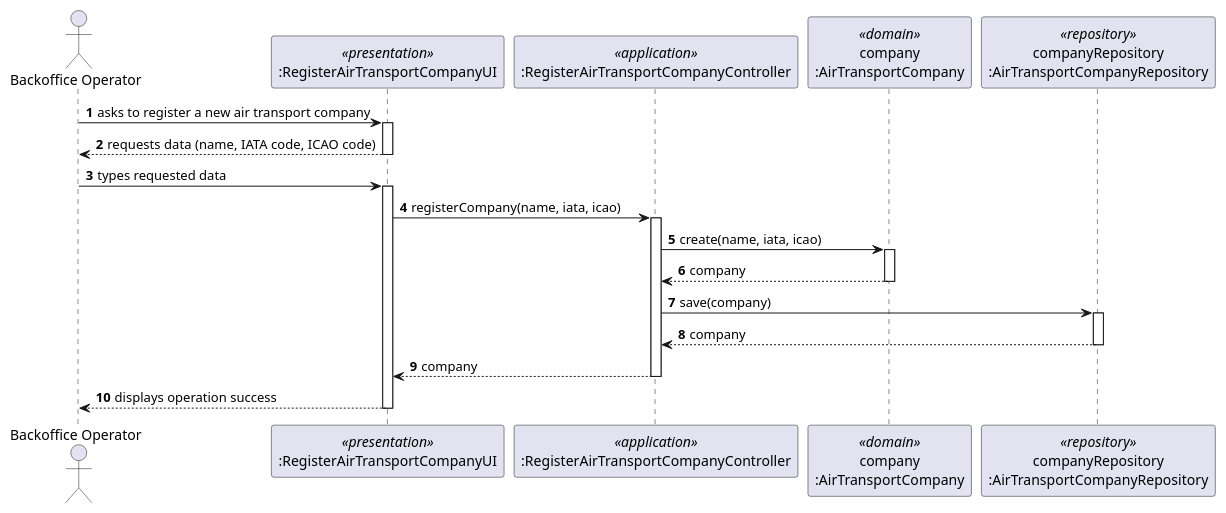
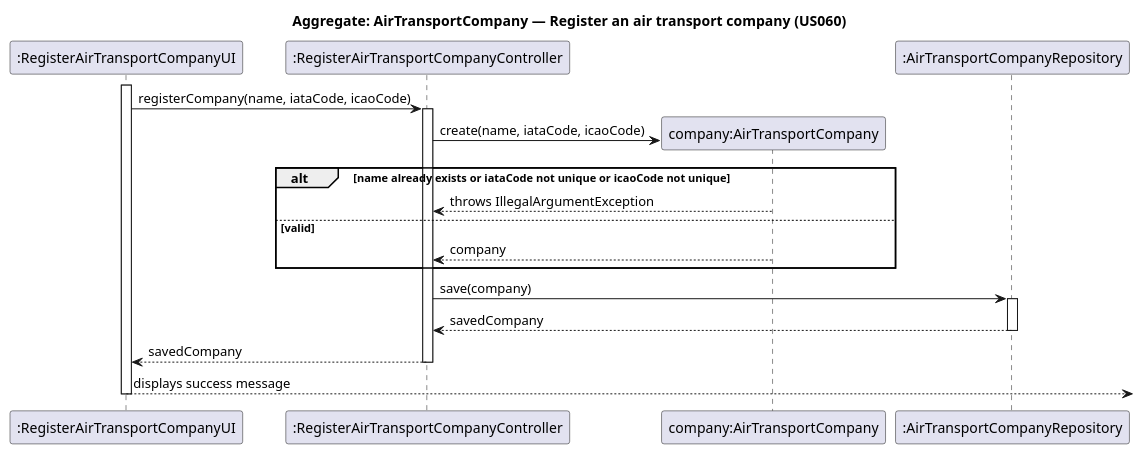
Before and after one commit to brunodspinto/aisafe: the diagram in aisafe.base/docs/user-stories/US011/aggregate-3_1/aggregate-3_1.puml, drawn with PlantUML. The commit also changed 7 other files, not shown here.

Commit message:
Update sequence diagrams and documentation for FlightRoute and AirTransportCompany aggregates; rename IATA code references and introduce FlightExecutionStatus value object, #8

```diff
--- a/aisafe.base/docs/user-stories/US011/aggregate-3_1/aggregate-3_1.puml
+++ b/aisafe.base/docs/user-stories/US011/aggregate-3_1/aggregate-3_1.puml
@@ -1,40 +1,30 @@
-@startuml
-autonumber
+@startuml aggregate-3_1
+skinparam shadowing false
+title Aggregate: AirTransportCompany — Register an air transport company (US060)
 
-actor "Backoffice Operator" as BO
-participant ":RegisterAirTransportCompanyUI" as UI <<presentation>>
-participant ":RegisterAirTransportCompanyController" as Controller <<application>>
-participant "company\n:AirTransportCompany" as Domain <<domain>>
-participant "companyRepository\n:AirTransportCompanyRepository" as Repository <<repository>>
+participant ":RegisterAirTransportCompanyUI" as UI
+participant ":RegisterAirTransportCompanyController" as CTRL
+participant "company:AirTransportCompany" as DOMAIN
+participant ":AirTransportCompanyRepository" as REPO
 
-BO -> UI : asks to register a new air transport company
 activate UI
-UI --> BO : requests data (name, IATA code, ICAO code)
-deactivate UI
+UI -> CTRL : registerCompany(name, iataCode, icaoCode)
+activate CTRL
+CTRL -> DOMAIN** : create(name, iataCode, icaoCode)
 
-BO -> UI : types requested data
-activate UI
+alt name already exists or iataCode not unique or icaoCode not unique
+    DOMAIN --> CTRL : throws IllegalArgumentException
+else valid
+    DOMAIN --> CTRL : company
+end
 
-UI -> Controller : registerCompany(name, iata, icao)
-activate Controller
-
-
-Controller -> Domain : create(name, iata, icao)
-activate Domain
-Domain --> Controller : company
-deactivate Domain
-
-
-
-Controller -> Repository : save(company)
-activate Repository
-Repository --> Controller : company
-deactivate Repository
-
-Controller --> UI : company
-deactivate Controller
-
-UI --> BO : displays operation success
+CTRL -> REPO : save(company)
+activate REPO
+REPO --> CTRL : savedCompany
+deactivate REPO
+CTRL --> UI : savedCompany
+deactivate CTRL
+UI --> : displays success message
 deactivate UI
 
 @enduml
```
